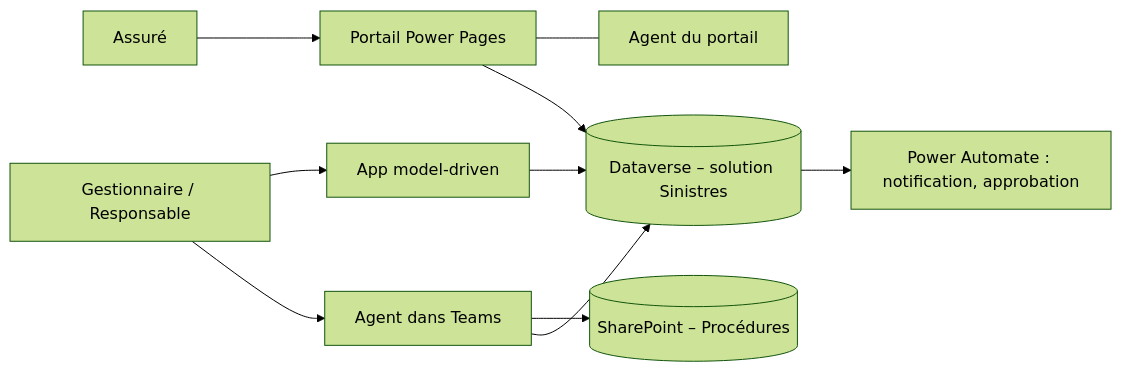
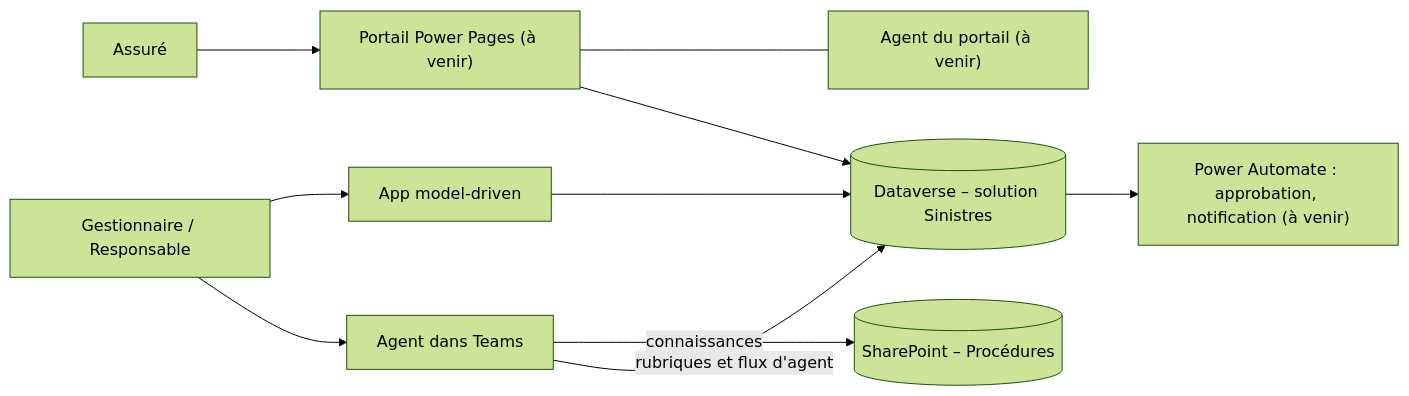
Before and after one commit to LicanorD/contoso-sinistres-power-platform: the first of 3 diagrams in README.md, drawn with Mermaid (forest theme). The commit also changed other lines of this file, not shown here.

````diff
--- a/README.md
+++ b/README.md
@@ -64,12 +82,12 @@
 ```mermaid
 flowchart LR
-    A["Assuré"] --> P["Portail Power Pages"]
-    P --- AP["Agent du portail"]
+    A["Assuré"] --> P["Portail Power Pages (à venir)"]
+    P --- AP["Agent du portail (à venir)"]
     G["Gestionnaire / Responsable"] --> M["App model-driven"]
     G --> T["Agent dans Teams"]
-    T --> S[("SharePoint – Procédures")]
-    P --> D[("Dataverse – solution Sinistres")]
+    T -->|connaissances| S[("SharePoint – Procédures")]
+    T -->|rubriques et flux d'agent| D[("Dataverse – solution Sinistres")]
+    P --> D
     M --> D
-    T --> D
-    D --> F["Power Automate : notification, approbation"]
+    D --> F["Power Automate : approbation, notification (à venir)"]
 ```
````
